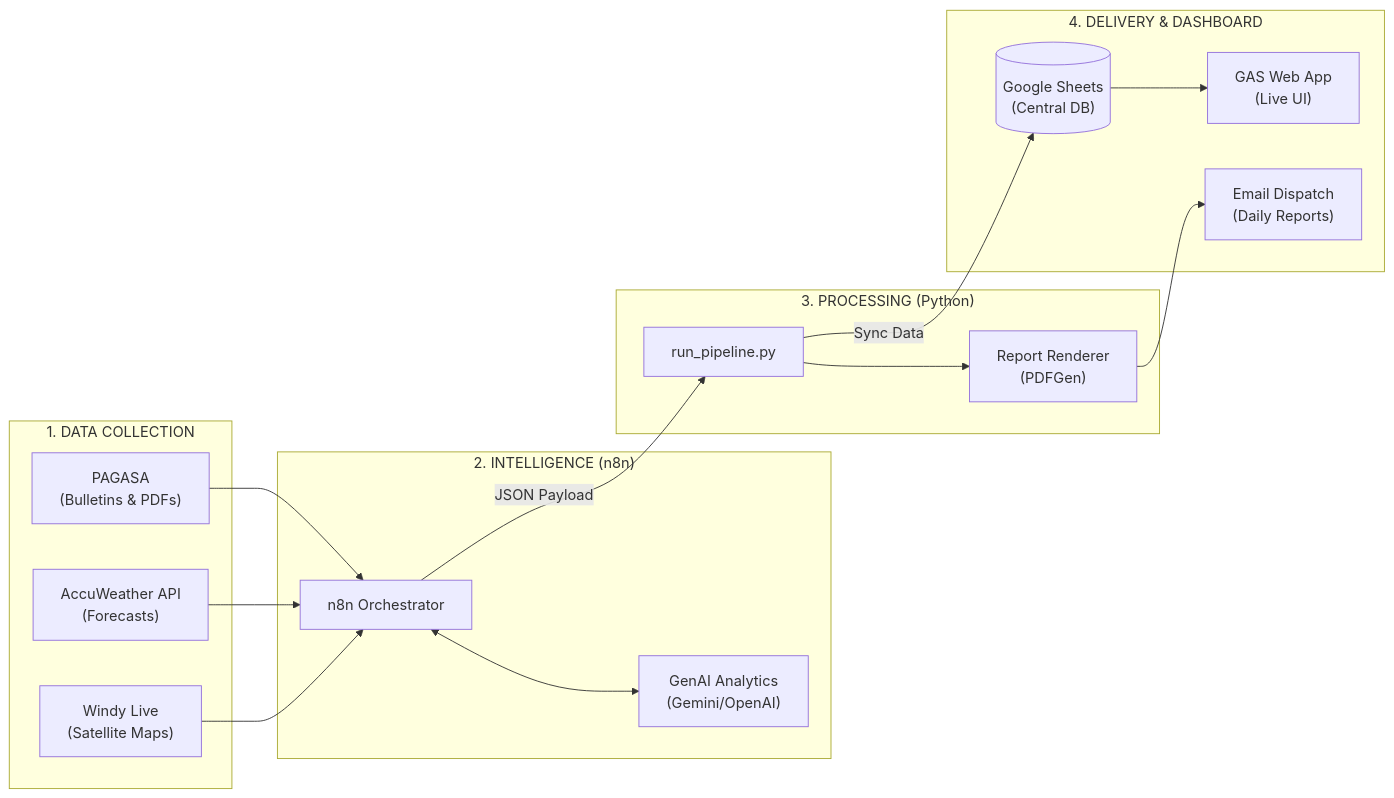
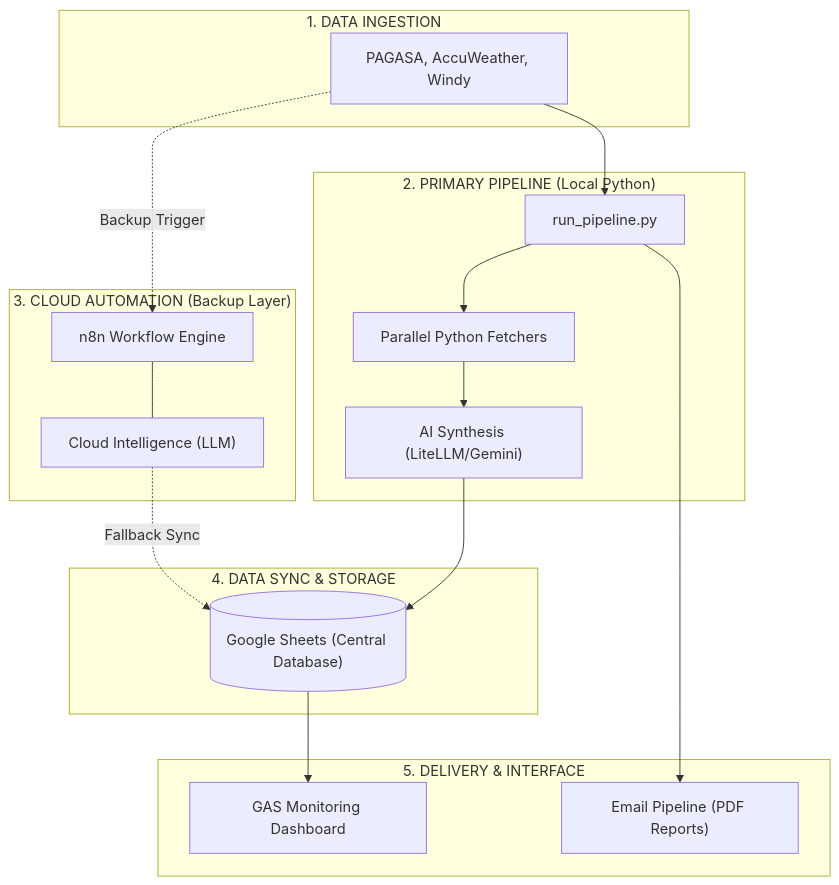
One commit to huwanbisente/Project-AWRA changed the diagram in README.md. Above: the diagram before and after it, drawn with Mermaid. The commit also changed other lines of this file, not shown here.

Commit message:
docs: restructure architecture to Python-first and add new PDF sample link

````diff
--- a/README.md
+++ b/README.md
@@ -28,37 +28,44 @@
 ```mermaid
-graph LR
-    %% Data Sources
-    subgraph "1. DATA COLLECTION"
-        PAGASA["PAGASA<br/>(Bulletins & PDFs)"]
-        Accu["AccuWeather API<br/>(Forecasts)"]
-        Windy["Windy Live<br/>(Satellite Maps)"]
+graph TD
+    %% Data Acquisition
+    subgraph "1. DATA INGESTION"
+        Sources["PAGASA, AccuWeather, Windy"]
     end
 
-    %% Intelligence Layer
-    subgraph "2. INTELLIGENCE (n8n)"
-        Workflow["n8n Orchestrator"]
-        LLM["GenAI Analytics<br/>(Gemini/OpenAI)"]
-        Workflow <--> LLM
+    %% Main Pipeline
+    subgraph "2. PRIMARY PIPELINE (Local Python)"
+        PythonPipe["run_pipeline.py"]
+        Fetchers["Parallel Python Fetchers"]
+        LocalAI["AI Synthesis (LiteLLM/Gemini)"]
+        
+        PythonPipe --> Fetchers
+        Fetchers --> LocalAI
     end
 
-    %% Local Processing
-    subgraph "3. PROCESSING (Python)"
-        Pipeline["run_pipeline.py"]
-        Render["Report Renderer<br/>(PDFGen)"]
-        Pipeline --> Render
+    %% Cloud Backup
+    subgraph "3. CLOUD AUTOMATION (Backup Layer)"
+        N8N["n8n Workflow Engine"]
+        CloudAI["Cloud Intelligence (LLM)"]
+        
+        N8N --- CloudAI
     end
 
-    %% Delivery / View
-    subgraph "4. DELIVERY & DASHBOARD"
-        Sheets[("Google Sheets<br/>(Central DB)")]
-        GAS["GAS Web App<br/>(Live UI)"]
-        Email["Email Dispatch<br/>(Daily Reports)"]
+    %% Synchronization
+    subgraph "4. DATA SYNC & STORAGE"
+        Sheets[("Google Sheets (Central Database)")]
     end
 
-    %% Connections
-    PAGASA & Accu & Windy --> Workflow
-    Workflow -->|JSON Payload| Pipeline
-    Pipeline -->|Sync Data| Sheets
+    %% Consumer Layers
+    subgraph "5. DELIVERY & INTERFACE"
+        GAS["GAS Monitoring Dashboard"]
+        Email["Email Pipeline (PDF Reports)"]
+    end
+
+    %% Flow Connections
+    Sources --> PythonPipe
+    Sources -.->|Backup Trigger| N8N
+    LocalAI --> Sheets
+    CloudAI -.->|Fallback Sync| Sheets
     Sheets --> GAS
-    Render --> Email
+    PythonPipe --> Email
 ```
````
